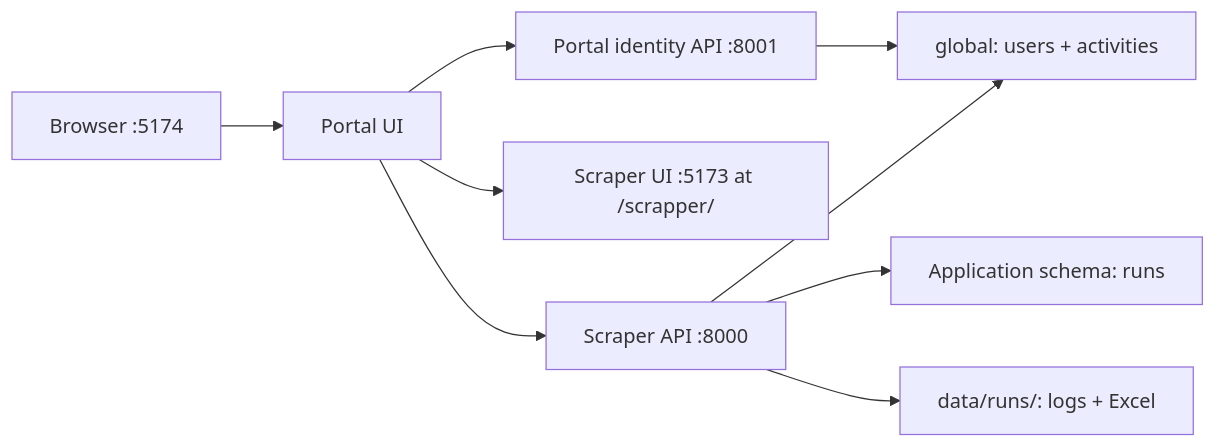
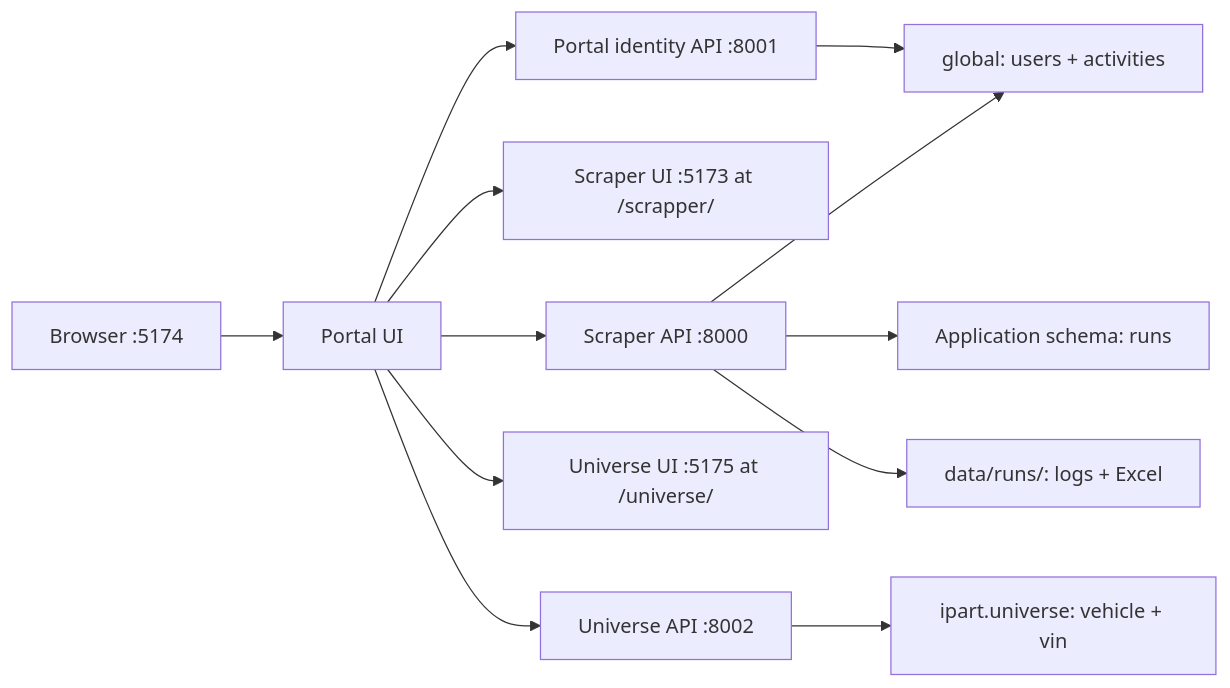
One commit to elfanikp-netizen/ipart-cms changed the diagram in README.md. Above: the diagram before and after it, drawn with Mermaid. The commit also changed other lines of this file and 37 other files, not shown here.

````diff
--- a/README.md
+++ b/README.md
@@ -21,11 +24,14 @@
 ```mermaid
 flowchart LR
     Browser["Browser :5174"] --> Portal["Portal UI"]
     Portal --> Identity["Portal identity API :8001"]
     Portal --> ScraperUI["Scraper UI :5173 at /scrapper/"]
     Portal --> ScraperAPI["Scraper API :8000"]
+    Portal --> UniverseUI["Universe UI :5175 at /universe/"]
+    Portal --> UniverseAPI["Universe API :8002"]
     Identity --> Global["global: users + activities"]
     ScraperAPI --> Global
     ScraperAPI --> Runs["Application schema: runs"]
     ScraperAPI --> Files["data/runs/<id>: logs + Excel"]
+    UniverseAPI --> UniverseDB["ipart.universe: vehicle + vin"]
 ```
````
